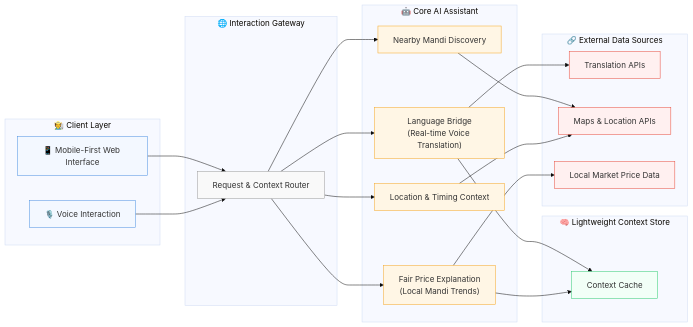
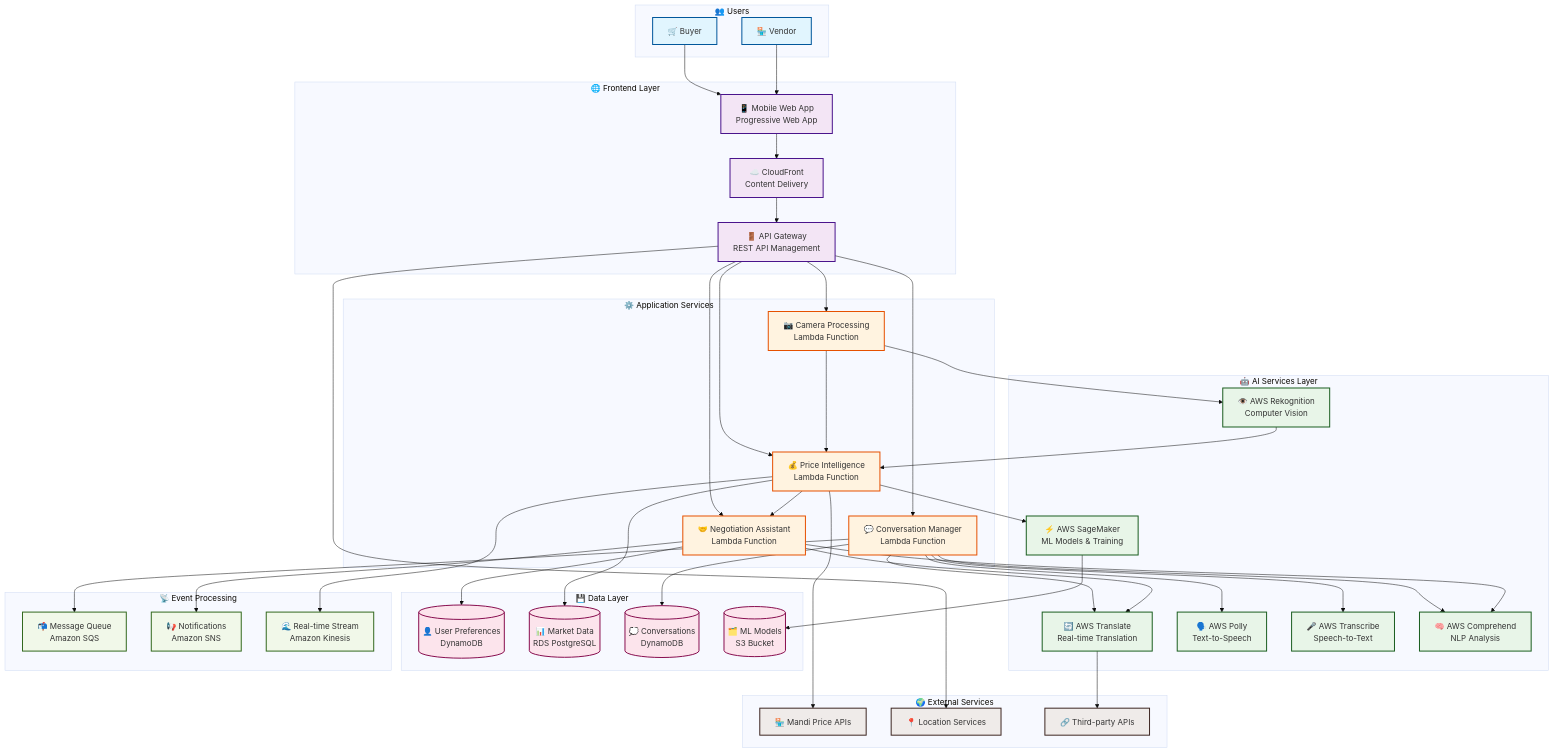
One commit to harmeensafoora/MandiSaathi changed the first of 4 diagrams in .kiro/specs/multilingual-mandi-platform/design.md. Above: the diagram before and after it, drawn with Mermaid (base theme). The commit also changed other lines of this file and 7 other files, not shown here.

First line of the commit message:
Update MandiSaathi with comprehensive AI features, AWS architecture diagrams, and complete specification documents

````diff
--- a/.kiro/specs/multilingual-mandi-platform/design.md
+++ b/.kiro/specs/multilingual-mandi-platform/design.md
@@ -13,64 +11,118 @@
 ```mermaid
-graph LR
-    %% ===== Client =====
-    subgraph C["🧑‍🌾 Client Layer"]
-        MOBILE["📱 Mobile-First Web Interface"]
-        VOICE["🎙️ Voice Interaction"]
+graph TB
+    %% Users
+    subgraph Users["👥 Users"]
+        Buyer[🛒 Buyer]
+        Vendor[🏪 Vendor]
     end
-
-    %% ===== Gateway =====
-    subgraph G["🌐 Interaction Gateway"]
-        ROUTER["Request & Context Router"]
+    
+    %% Frontend Layer
+    subgraph Frontend["🌐 Frontend Layer"]
+        MobileApp[📱 Mobile Web App<br/>Progressive Web App]
+        CDN[☁️ CloudFront<br/>Content Delivery]
+        APIGateway[🚪 API Gateway<br/>REST API Management]
     end
-
-    %% ===== Core =====
-    subgraph A["🤖 Core AI Assistant"]
-        LANGUAGE["Language Bridge<br/>(Real-time Voice Translation)"]
-        PRICING["Fair Price Explanation<br/>(Local Mandi Trends)"]
-        MANDI["Nearby Mandi Discovery"]
-        CONTEXT["Location & Timing Context"]
+    
+    %% AI Services Layer
+    subgraph AIServices["🤖 AI Services Layer"]
+        Translate[🔄 AWS Translate<br/>Real-time Translation]
+        Rekognition[👁️ AWS Rekognition<br/>Computer Vision]
+        Polly[🗣️ AWS Polly<br/>Text-to-Speech]
+        Transcribe[🎤 AWS Transcribe<br/>Speech-to-Text]
+        Comprehend[🧠 AWS Comprehend<br/>NLP Analysis]
+        SageMaker[⚡ AWS SageMaker<br/>ML Models & Training]
     end
-
-    %% ===== Data =====
-    subgraph D["🧠 Lightweight Context Store"]
-        CACHE["Context Cache"]
+    
+    %% Application Services
+    subgraph AppServices["⚙️ Application Services"]
+        ConversationLambda[💬 Conversation Manager<br/>Lambda Function]
+        PriceLambda[💰 Price Intelligence<br/>Lambda Function]
+        CameraLambda[📷 Camera Processing<br/>Lambda Function]
+        NegotiationLambda[🤝 Negotiation Assistant<br/>Lambda Function]
     end
-
-    %% ===== External =====
-    subgraph E["🔗 External Data Sources"]
-        TRANS_API["Translation APIs"]
-        MAPS_API["Maps & Location APIs"]
-        MARKET_DATA["Local Market Price Data"]
+    
+    %% Data Layer
+    subgraph DataLayer["💾 Data Layer"]
+        UserDB[(👤 User Preferences<br/>DynamoDB)]
+        MarketDB[(📊 Market Data<br/>RDS PostgreSQL)]
+        ConversationDB[(💭 Conversations<br/>DynamoDB)]
+        ModelStorage[(🗂️ ML Models<br/>S3 Bucket)]
     end
-
-    %% ===== Flow =====
-    MOBILE --> ROUTER
-    VOICE --> ROUTER
-
-    ROUTER --> LANGUAGE
-    ROUTER --> PRICING
-    ROUTER --> MANDI
-    ROUTER --> CONTEXT
-
-    LANGUAGE --> TRANS_API
-    LANGUAGE --> CACHE
-
-    PRICING --> MARKET_DATA
-    PRICING --> CACHE
-
-    MANDI --> MAPS_API
-    CONTEXT --> MAPS_API
-
-    %% ===== Styling =====
-    classDef client fill:#F3F8FF,stroke:#4A90E2,stroke-width:1px;
-    classDef gateway fill:#F9F9F9,stroke:#999,stroke-width:1px;
-    classDef core fill:#FFF6E5,stroke:#F5A623,stroke-width:1px;
-    classDef data fill:#F2FFF7,stroke:#2ECC71,stroke-width:1px;
-    classDef external fill:#FFF0F0,stroke:#E74C3C,stroke-width:1px;
-
-    class MOBILE,VOICE client
-    class ROUTER gateway
-    class LANGUAGE,PRICING,MANDI,CONTEXT core
-    class CACHE data
-    class TRANS_API,MAPS_API,MARKET_DATA external
+    
+    %% Event Processing
+    subgraph EventProcessing["📡 Event Processing"]
+        SQS[📬 Message Queue<br/>Amazon SQS]
+        SNS[📢 Notifications<br/>Amazon SNS]
+        Kinesis[🌊 Real-time Stream<br/>Amazon Kinesis]
+    end
+    
+    %% External Services
+    subgraph External["🌍 External Services"]
+        MandiAPI[🏪 Mandi Price APIs]
+        LocationAPI[📍 Location Services]
+        ThirdPartyAPI[🔗 Third-party APIs]
+    end
+    
+    %% User Connections
+    Buyer --> MobileApp
+    Vendor --> MobileApp
+    
+    %% Frontend Flow
+    MobileApp --> CDN
+    CDN --> APIGateway
+    
+    %% API Gateway to Services
+    APIGateway --> ConversationLambda
+    APIGateway --> PriceLambda
+    APIGateway --> CameraLambda
+    APIGateway --> NegotiationLambda
+    
+    %% AI Service Connections
+    ConversationLambda --> Translate
+    ConversationLambda --> Polly
+    ConversationLambda --> Transcribe
+    ConversationLambda --> Comprehend
+    
+    CameraLambda --> Rekognition
+    PriceLambda --> SageMaker
+    NegotiationLambda --> Translate
+    NegotiationLambda --> Comprehend
+    
+    %% Service Interconnections
+    CameraLambda --> PriceLambda
+    PriceLambda --> NegotiationLambda
+    Rekognition --> PriceLambda
+    
+    %% Data Connections
+    ConversationLambda --> ConversationDB
+    PriceLambda --> MarketDB
+    NegotiationLambda --> UserDB
+    SageMaker --> ModelStorage
+    
+    %% Event Processing
+    ConversationLambda --> SQS
+    PriceLambda --> Kinesis
+    NegotiationLambda --> SNS
+    
+    %% External API Connections
+    PriceLambda --> MandiAPI
+    APIGateway --> LocationAPI
+    Translate --> ThirdPartyAPI
+    
+    %% Styling
+    classDef userClass fill:#e1f5fe,stroke:#01579b,stroke-width:2px
+    classDef frontendClass fill:#f3e5f5,stroke:#4a148c,stroke-width:2px
+    classDef aiClass fill:#e8f5e8,stroke:#1b5e20,stroke-width:2px
+    classDef appClass fill:#fff3e0,stroke:#e65100,stroke-width:2px
+    classDef dataClass fill:#fce4ec,stroke:#880e4f,stroke-width:2px
+    classDef eventClass fill:#f1f8e9,stroke:#33691e,stroke-width:2px
+    classDef externalClass fill:#efebe9,stroke:#3e2723,stroke-width:2px
+    
+    class Buyer,Vendor userClass
+    class MobileApp,CDN,APIGateway frontendClass
+    class Translate,Rekognition,Polly,Transcribe,Comprehend,SageMaker aiClass
+    class ConversationLambda,PriceLambda,CameraLambda,NegotiationLambda appClass
+    class UserDB,MarketDB,ConversationDB,ModelStorage dataClass
+    class SQS,SNS,Kinesis eventClass
+    class MandiAPI,LocationAPI,ThirdPartyAPI externalClass
 ```
````
